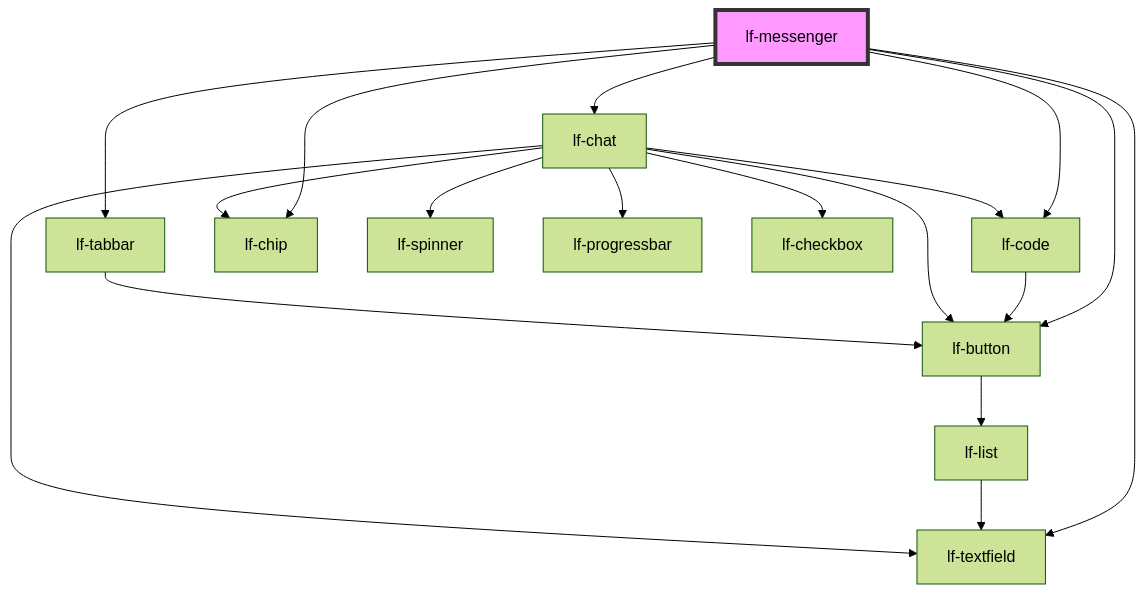
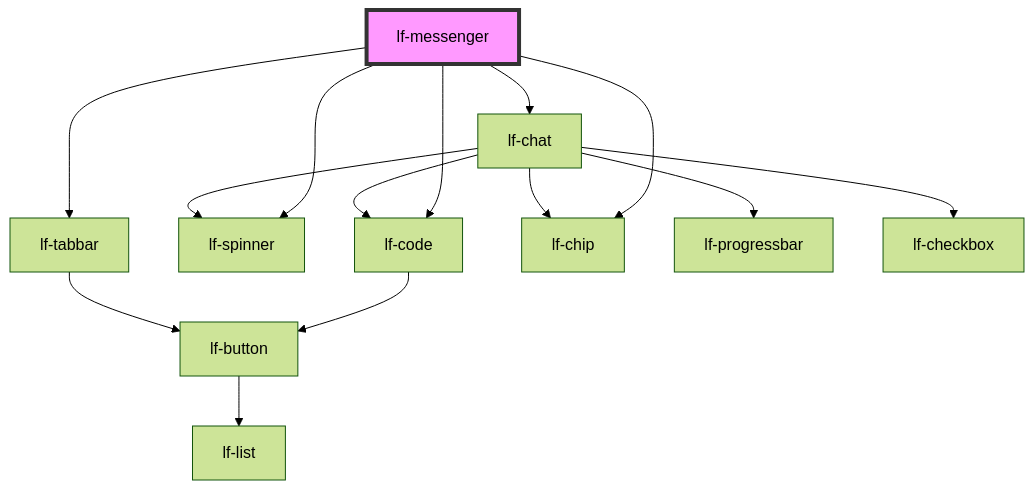
Before and after one commit to lucafoscili/lf-widgets: the diagram in packages/core/src/components/lf-messenger/readme.md, drawn with Mermaid (forest theme). The commit also changed other lines of this file and 96 other files, not shown here.

First line of the commit message:
chore: Refactor core components to use FC-based Button and Textfield

````diff
--- a/packages/core/src/components/lf-messenger/readme.md
+++ b/packages/core/src/components/lf-messenger/readme.md
@@ -152,21 +151,17 @@
 ```mermaid
 graph TD;
   lf-messenger --> lf-code
-  lf-messenger --> lf-button
+  lf-messenger --> lf-spinner
   lf-messenger --> lf-chat
   lf-messenger --> lf-tabbar
   lf-messenger --> lf-chip
-  lf-messenger --> lf-textfield
   lf-code --> lf-button
   lf-button --> lf-list
-  lf-list --> lf-textfield
   lf-chat --> lf-chip
-  lf-chat --> lf-button
-  lf-chat --> lf-textfield
   lf-chat --> lf-spinner
   lf-chat --> lf-code
   lf-chat --> lf-progressbar
   lf-chat --> lf-checkbox
   lf-tabbar --> lf-button
   style lf-messenger fill:#f9f,stroke:#333,stroke-width:4px
 ```
````
